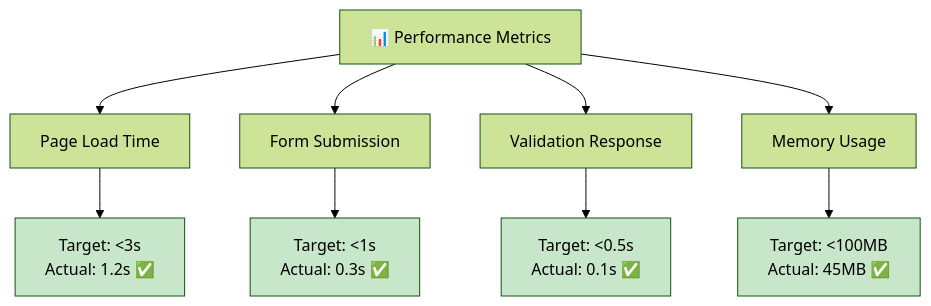
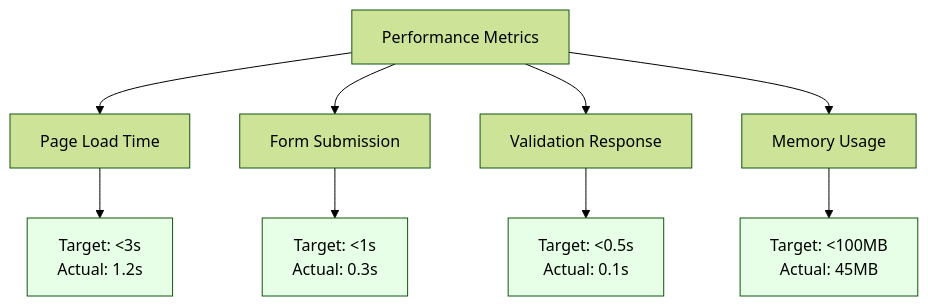
The sixth of 7 diagrams in docs/qa-lifecycle-diagram.md (Tasmimdristy7/qa-lifecycle-suite), drawn with Mermaid (forest theme) before and after one commit. The commit also changed other lines of this file and 3 other files, not shown here.

````diff
--- a/docs/qa-lifecycle-diagram.md
+++ b/docs/qa-lifecycle-diagram.md
@@ -122,17 +122,17 @@
 ```mermaid
 graph TD
-    A[📊 Performance Metrics] --> B[Page Load Time]
+    A[Performance Metrics] --> B[Page Load Time]
     A --> C[Form Submission]
     A --> D[Validation Response]
     A --> E[Memory Usage]
     
-    B --> B1[Target: <3s<br/>Actual: 1.2s ✅]
-    C --> C1[Target: <1s<br/>Actual: 0.3s ✅]
-    D --> D1[Target: <0.5s<br/>Actual: 0.1s ✅]
-    E --> E1[Target: <100MB<br/>Actual: 45MB ✅]
+    B --> B1[Target: <3s<br/>Actual: 1.2s]
+    C --> C1[Target: <1s<br/>Actual: 0.3s]
+    D --> D1[Target: <0.5s<br/>Actual: 0.1s]
+    E --> E1[Target: <100MB<br/>Actual: 45MB]
     
-    style B1 fill:#c8e6c9
-    style C1 fill:#c8e6c9
-    style D1 fill:#c8e6c9
-    style E1 fill:#c8e6c9
+    style B1 fill:#e6ffe6
+    style C1 fill:#e6ffe6
+    style D1 fill:#e6ffe6
+    style E1 fill:#e6ffe6
 ```
````
